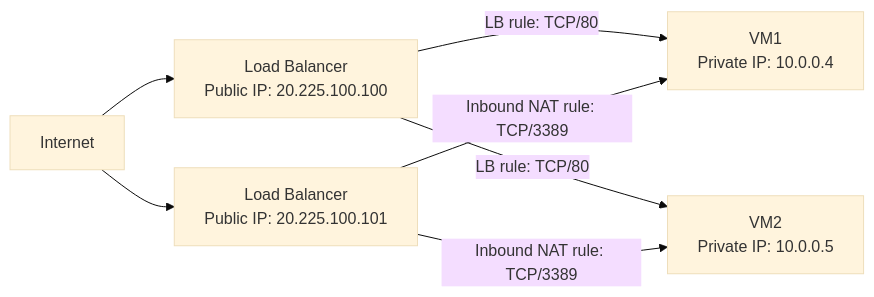
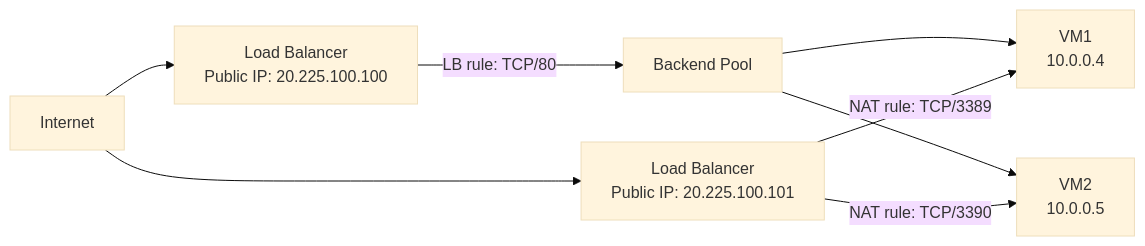
The diagram in docs/Load-Balancers.md (yoonghan/AZ-104-Azure-Administrator-Associate), drawn with Mermaid (base theme) before and after one commit. The commit also changed other lines of this file, not shown here.

````diff
--- a/docs/Load-Balancers.md
+++ b/docs/Load-Balancers.md
@@ -48,10 +60,11 @@
 ```mermaid
 flowchart LR
     User[Internet] --> LB[Load Balancer<br/>Public IP: 20.225.100.100]
-    LB -- LB rule: TCP/80 --> VM1[VM1<br/>Private IP: 10.0.0.4]
-    LB -- LB rule: TCP/80 --> VM2[VM2<br/>Private IP: 10.0.0.5]
+    LB -- LB rule: TCP/80 --> Pool[Backend Pool]
+    Pool --> VM1[VM1<br/>10.0.0.4]
+    Pool --> VM2[VM2<br/>10.0.0.5]
     
     User --> LB2[Load Balancer<br/>Public IP: 20.225.100.101]
-    LB2 -- Inbound NAT rule: TCP/3389 --> VM1[VM1<br/>Private IP: 10.0.0.4]
-    LB2 -- Inbound NAT rule: TCP/3389 --> VM2[VM2<br/>Private IP: 10.0.0.5]
+    LB2 -- NAT rule: TCP/3389 --> VM1[VM1<br/>10.0.0.4]
+    LB2 -- NAT rule: TCP/3390 --> VM2[VM2<br/>10.0.0.5]
 ```
````
